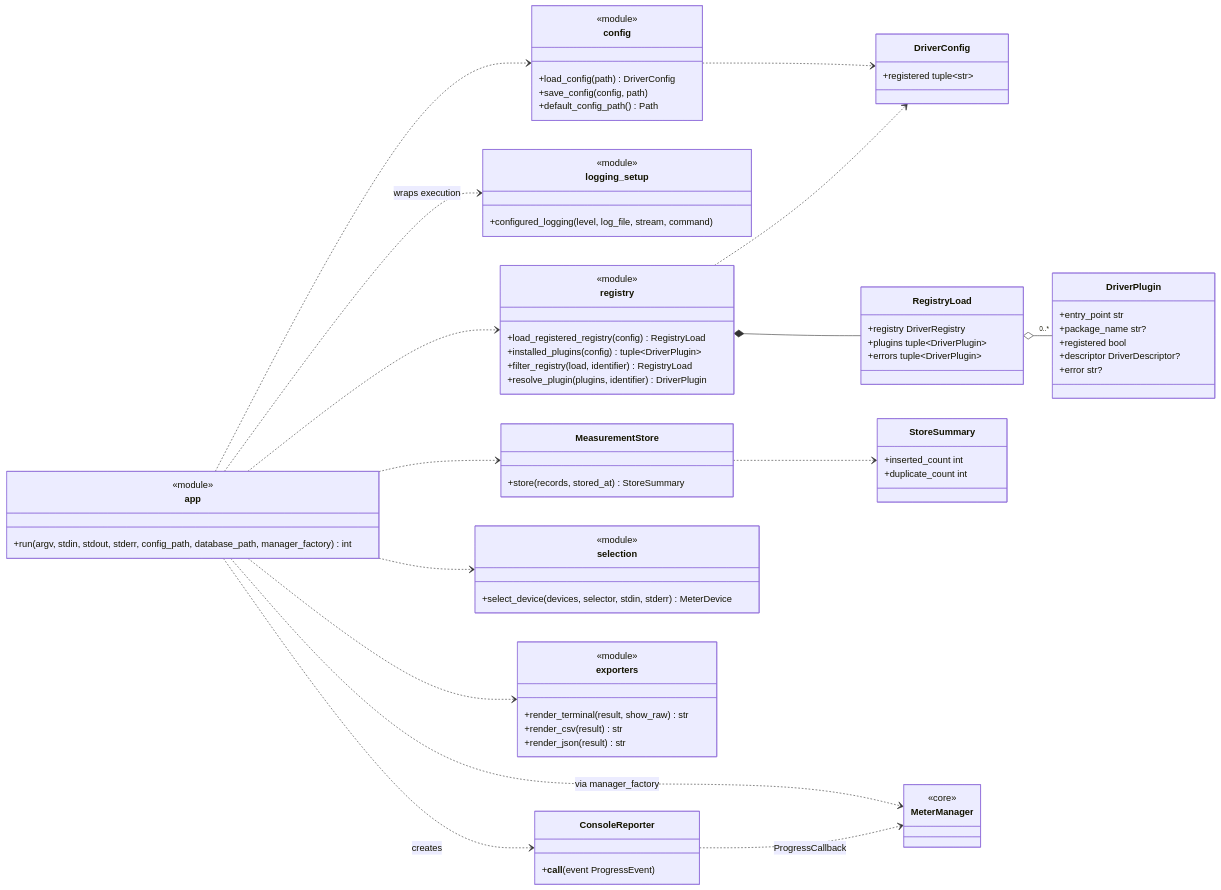
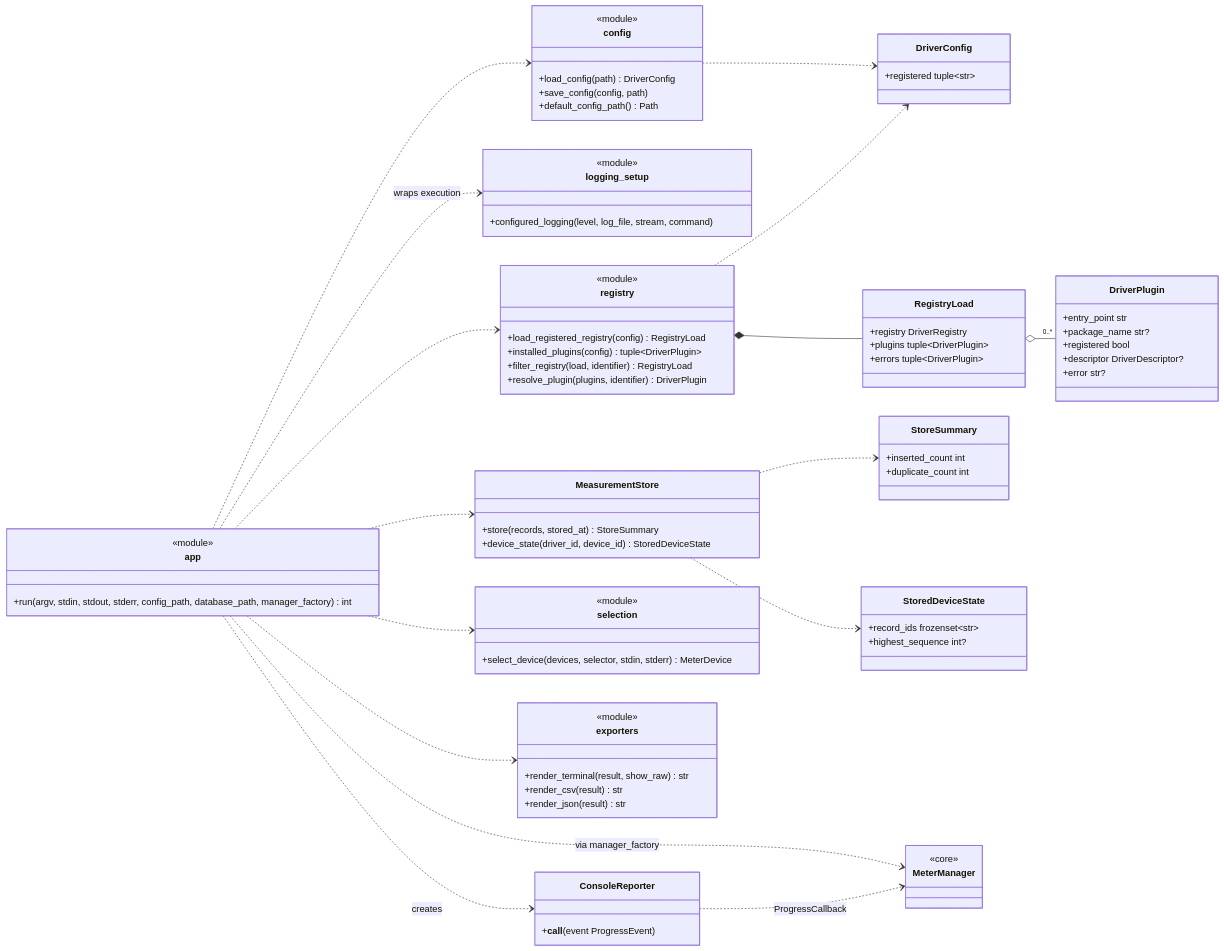
Before and after one commit to kiforsbe/bgmeter: the ninth of 14 diagrams in ARCHITECTURE.md, drawn with Mermaid. The commit also changed other lines of this file and 2 other files, not shown here.

````diff
--- a/ARCHITECTURE.md
+++ b/ARCHITECTURE.md
@@ -812,10 +844,15 @@
     }
     class MeasurementStore {
         +store(records, stored_at) StoreSummary
+        +device_state(driver_id, device_id) StoredDeviceState
     }
     class StoreSummary {
         +inserted_count int
         +duplicate_count int
+    }
+    class StoredDeviceState {
+        +record_ids frozenset~str~
+        +highest_sequence int?
     }
     class MeterManager {
         <<core>>
@@ -834,5 +871,6 @@
     registry *-- RegistryLoad
     RegistryLoad o-- "0..*" DriverPlugin
     MeasurementStore ..> StoreSummary
+    MeasurementStore ..> StoredDeviceState
     ConsoleReporter ..> MeterManager : ProgressCallback
 ```
````
